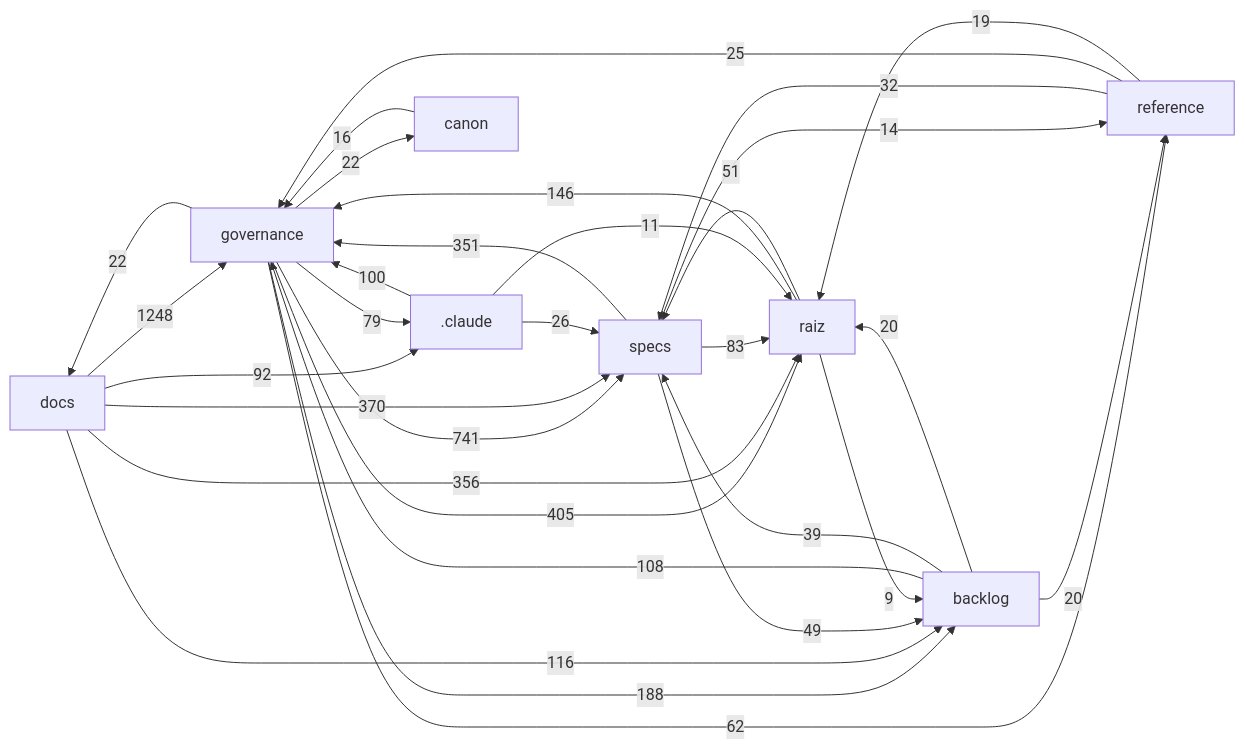
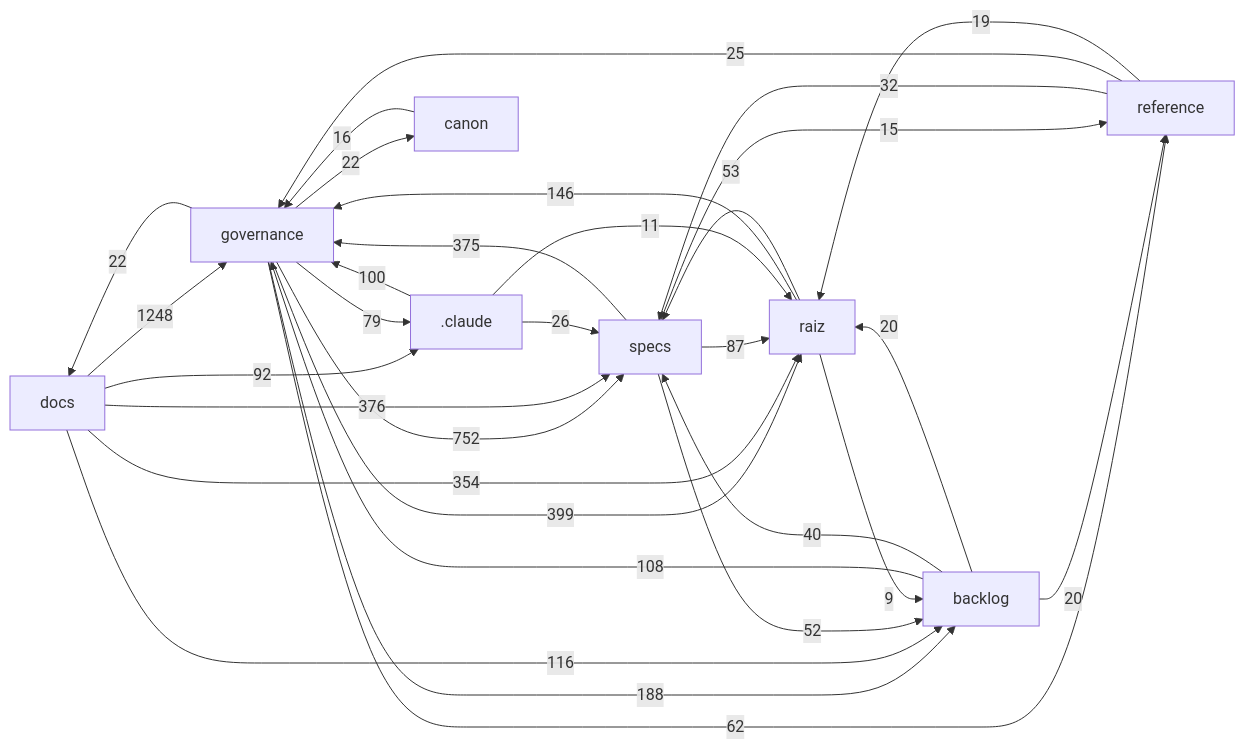
Before and after one commit to Andraus35/Sistema-Operacional-de-Trading--SOT: the diagram in docs/mapa/MAPA-PROJETO.md, drawn with Mermaid. The commit also changed other lines of this file and 3 other files, not shown here.

````diff
--- a/docs/mapa/MAPA-PROJETO.md
+++ b/docs/mapa/MAPA-PROJETO.md
@@ -29,33 +29,33 @@
 ```mermaid
 flowchart LR
   docs["docs"] -->|1248| governance["governance"]
-  governance["governance"] -->|741| specs["specs"]
-  governance["governance"] -->|405| raiz["raiz"]
-  docs["docs"] -->|370| specs["specs"]
-  docs["docs"] -->|356| raiz["raiz"]
-  specs["specs"] -->|351| governance["governance"]
+  governance["governance"] -->|752| specs["specs"]
+  governance["governance"] -->|399| raiz["raiz"]
+  docs["docs"] -->|376| specs["specs"]
+  specs["specs"] -->|375| governance["governance"]
+  docs["docs"] -->|354| raiz["raiz"]
   governance["governance"] -->|188| backlog["backlog"]
   raiz["raiz"] -->|146| governance["governance"]
   docs["docs"] -->|116| backlog["backlog"]
   backlog["backlog"] -->|108| governance["governance"]
   _claude[".claude"] -->|100| governance["governance"]
   docs["docs"] -->|92| _claude[".claude"]
-  specs["specs"] -->|83| raiz["raiz"]
+  specs["specs"] -->|87| raiz["raiz"]
   governance["governance"] -->|79| _claude[".claude"]
   governance["governance"] -->|62| reference["reference"]
-  raiz["raiz"] -->|51| specs["specs"]
-  specs["specs"] -->|49| backlog["backlog"]
-  backlog["backlog"] -->|39| specs["specs"]
+  raiz["raiz"] -->|53| specs["specs"]
+  specs["specs"] -->|52| backlog["backlog"]
+  backlog["backlog"] -->|40| specs["specs"]
   reference["reference"] -->|32| specs["specs"]
   _claude[".claude"] -->|26| specs["specs"]
   reference["reference"] -->|25| governance["governance"]
   governance["governance"] -->|22| docs["docs"]
   governance["governance"] -->|22| canon["canon"]
   backlog["backlog"] -->|20| raiz["raiz"]
   backlog["backlog"] -->|20| reference["reference"]
   reference["reference"] -->|19| raiz["raiz"]
   canon["canon"] -->|16| governance["governance"]
-  specs["specs"] -->|14| reference["reference"]
+  specs["specs"] -->|15| reference["reference"]
   _claude[".claude"] -->|11| raiz["raiz"]
   raiz["raiz"] -->|9| backlog["backlog"]
 ```
````
